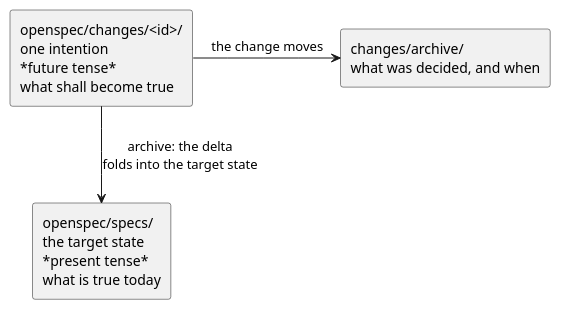
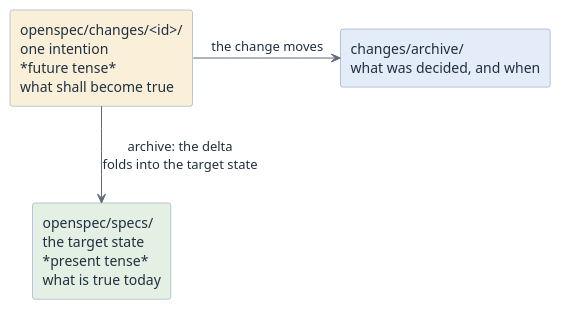
The diagram in modules/sdd-openspec-artifacts/index.adoc (htl-leonding-college/curriculum-syp3), drawn with PlantUML before and after one commit. The commit also changed 65 other files, not shown here.

First line of the commit message:
feat(site): give the diagrams a semantic pastel palette

```diff
--- a/modules/sdd-openspec-artifacts/index.adoc
+++ b/modules/sdd-openspec-artifacts/index.adoc
@@ -32,15 +32,17 @@
 [plantuml,artefact-tenses,svg]
 ----
 @startuml
-skinparam monochrome true
+<style>
+element { BackgroundColor #EDF3FA; LineColor #7C93AD; FontColor #21303F }
+arrow { LineColor #5A6B7D; FontColor #21303F }
+</style>
 skinparam shadowing false
 skinparam defaultFontName Helvetica
 
-rectangle "openspec/specs/\nthe target state\n*present tense*\nwhat is true today" as S
-rectangle "openspec/changes/<id>/\none intention\n*future tense*\nwhat shall become true" as C
-rectangle "changes/archive/\nwhat was decided, and when" as A
-
+rectangle "openspec/specs/\nthe target state\n*present tense*\nwhat is true today" as S #E4F0E4
+rectangle "openspec/changes/<id>/\none intention\n*future tense*\nwhat shall become true" as C #FAF0D9
+rectangle "changes/archive/\nwhat was decided, and when" as A #E3ECF8
 C -down-> S : "archive: the delta\nfolds into the target state"
 C -right-> A : "the change moves"
 @enduml
 ----
```
